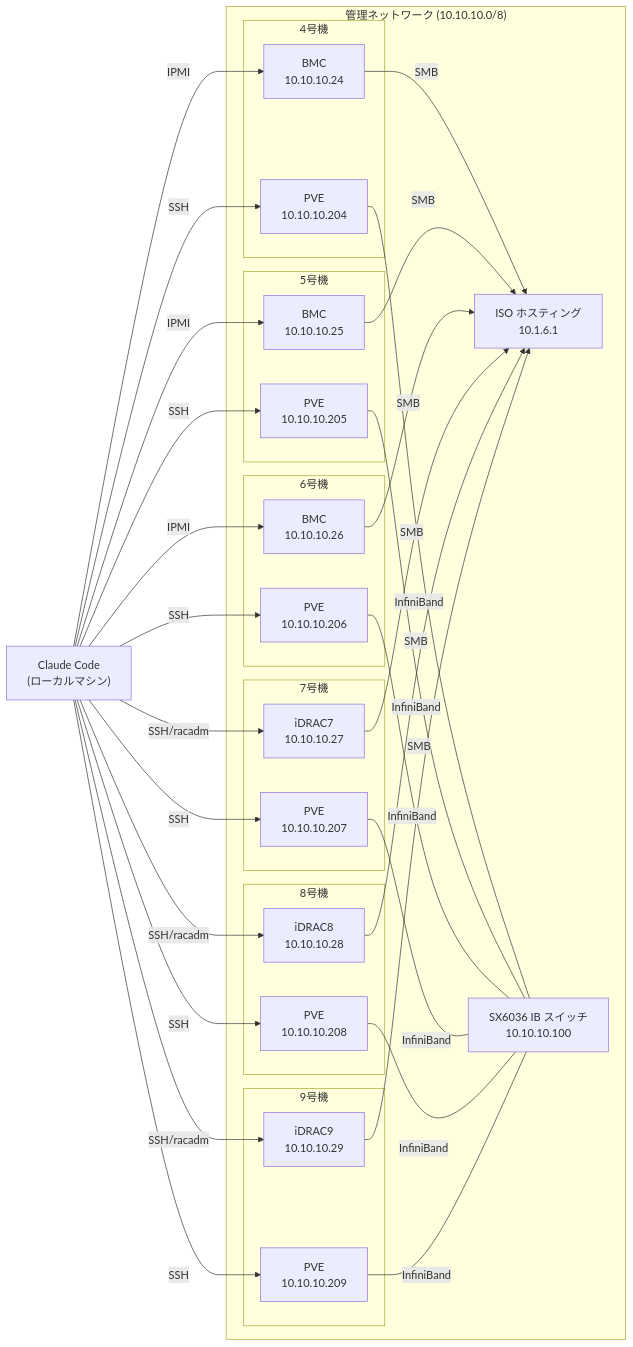
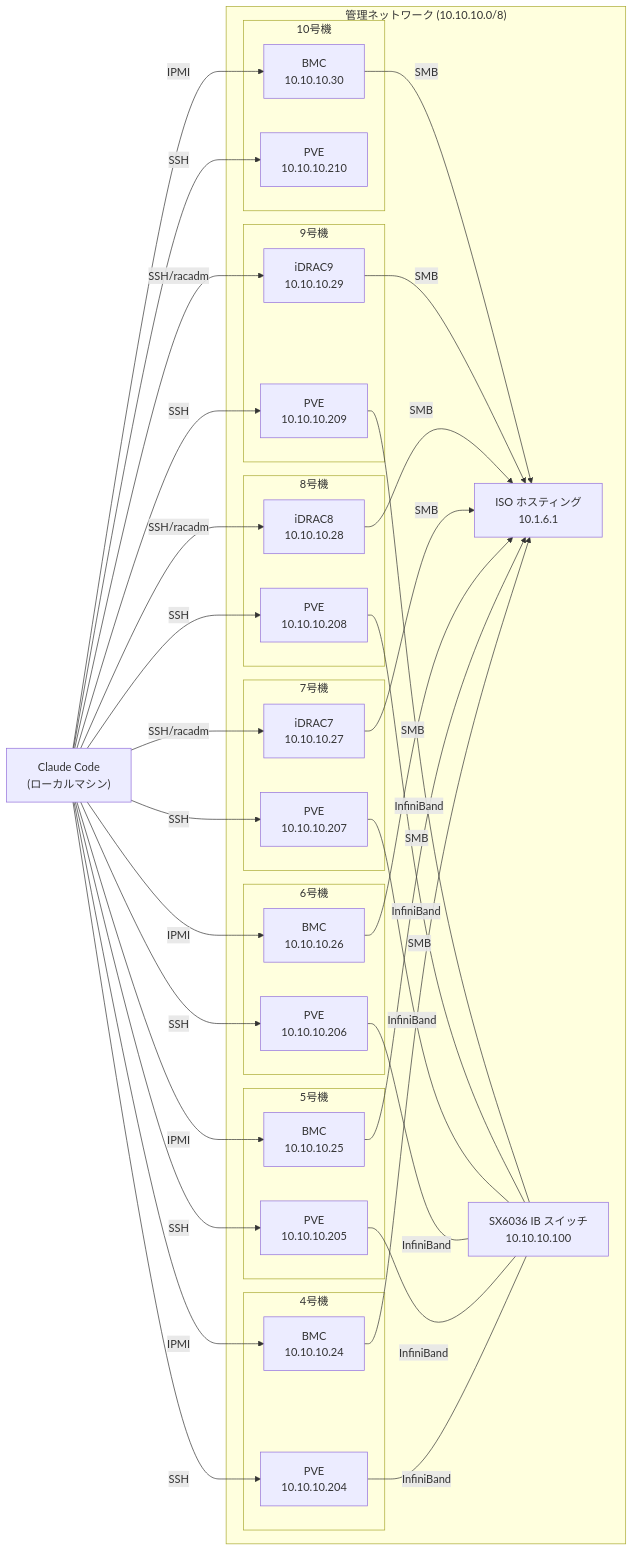
The diagram in README.md (miminashi/pvese), drawn with Mermaid before and after one commit. The commit also changed other lines of this file and 5 other files, not shown here.

````diff
--- a/README.md
+++ b/README.md
@@ -153,58 +168,65 @@
 ```mermaid
 graph LR
     CC["Claude Code<br/>(ローカルマシン)"]
 
     subgraph mgmt["管理ネットワーク (10.10.10.0/8)"]
         subgraph srv4["4号機"]
             BMC4["BMC<br/>10.10.10.24"]
             PVE4["PVE<br/>10.10.10.204"]
         end
         subgraph srv5["5号機"]
             BMC5["BMC<br/>10.10.10.25"]
             PVE5["PVE<br/>10.10.10.205"]
         end
         subgraph srv6["6号機"]
             BMC6["BMC<br/>10.10.10.26"]
             PVE6["PVE<br/>10.10.10.206"]
         end
         subgraph srv7["7号機"]
             iDRAC7["iDRAC7<br/>10.10.10.27"]
             PVE7["PVE<br/>10.10.10.207"]
         end
         subgraph srv8["8号機"]
             iDRAC8["iDRAC8<br/>10.10.10.28"]
             PVE8["PVE<br/>10.10.10.208"]
         end
         subgraph srv9["9号機"]
             iDRAC9["iDRAC9<br/>10.10.10.29"]
             PVE9["PVE<br/>10.10.10.209"]
         end
+        subgraph srv10["10号機"]
+            BMC10["BMC<br/>10.10.10.30"]
+            PVE10["PVE<br/>10.10.10.210"]
+        end
         SMB["ISO ホスティング<br/>10.1.6.1"]
         IB["SX6036 IB スイッチ<br/>10.10.10.100"]
     end
 
     CC -- "SSH" --> PVE4
     CC -- "SSH" --> PVE5
     CC -- "SSH" --> PVE6
     CC -- "SSH" --> PVE7
     CC -- "IPMI" --> BMC4
     CC -- "IPMI" --> BMC5
     CC -- "IPMI" --> BMC6
     CC -- "SSH/racadm" --> iDRAC7
     CC -- "SSH" --> PVE8
     CC -- "SSH" --> PVE9
     CC -- "SSH/racadm" --> iDRAC8
     CC -- "SSH/racadm" --> iDRAC9
+    CC -- "SSH" --> PVE10
+    CC -- "IPMI" --> BMC10
     BMC4 -- "SMB" --> SMB
     BMC5 -- "SMB" --> SMB
     BMC6 -- "SMB" --> SMB
     iDRAC7 -- "SMB" --> SMB
     iDRAC8 -- "SMB" --> SMB
     iDRAC9 -- "SMB" --> SMB
+    BMC10 -- "SMB" --> SMB
     PVE4 -- "InfiniBand" --- IB
     PVE5 -- "InfiniBand" --- IB
     PVE6 -- "InfiniBand" --- IB
     PVE7 -- "InfiniBand" --- IB
     PVE8 -- "InfiniBand" --- IB
     PVE9 -- "InfiniBand" --- IB
 ```
````
